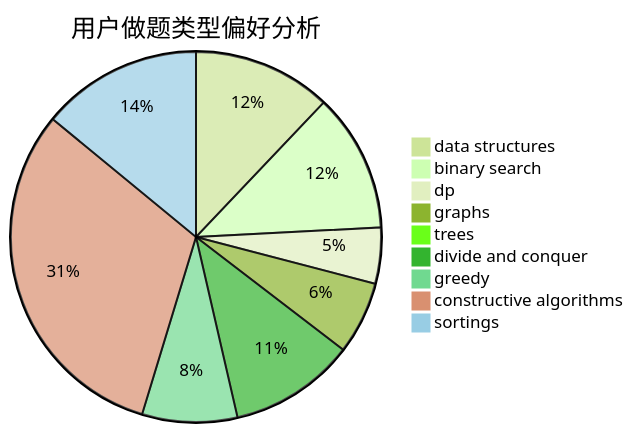
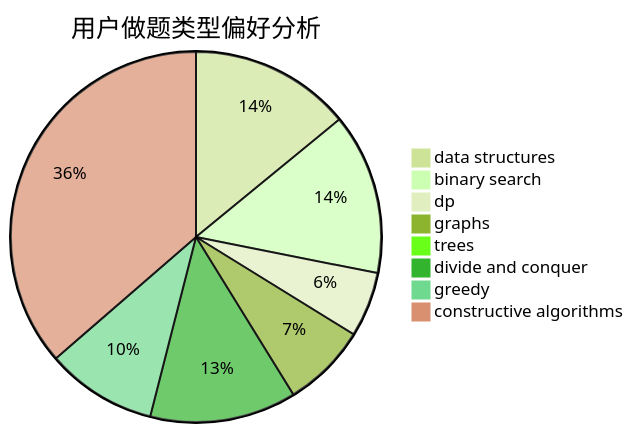
Before and after one commit to sherpahu/cfrs.github.io: the second of 3 diagrams in docs/user/u1430.md, drawn with Mermaid (forest theme). The commit also changed other lines of this file and 2769 other files, not shown here.

````diff
--- a/docs/user/u1430.md
+++ b/docs/user/u1430.md
@@ -18,12 +18,11 @@
 ```mermaid
 pie title 用户做题类型偏好分析
     "data structures" :  99
     "binary search" :  99
     "dp" :  40
     "graphs" :  52
     "trees" :  0
     "divide and conquer" :  90
     "greedy" :  68
     "constructive algorithms" :  256
-    "sortings" :  115
 ```
````
